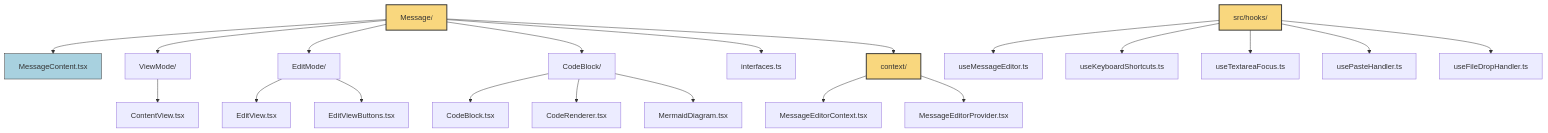
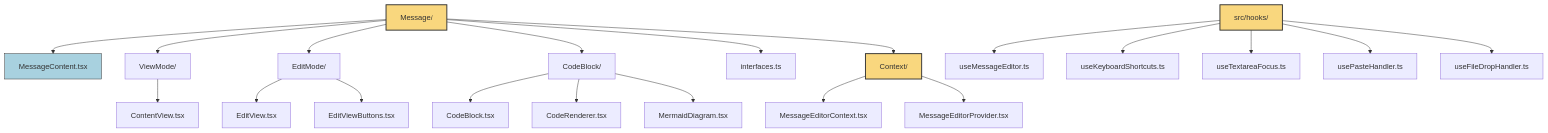
One commit to m1981/mychat changed the fifth of 6 diagrams in src/components/Chat/ChatContent/Message/specs.md. Above: the diagram before and after it, drawn with Mermaid. The commit also changed 9 other files, not shown here.

````diff
--- a/src/components/Chat/ChatContent/Message/specs.md
+++ b/src/components/Chat/ChatContent/Message/specs.md
@@ -387,32 +387,32 @@
 ```mermaid
 graph TD
     Message[Message/] --> MessageContent[MessageContent.tsx]
     Message --> ViewMode[ViewMode/]
     Message --> EditMode[EditMode/]
     Message --> CodeBlock[CodeBlock/]
     Message --> interfaces[interfaces.ts]
-    Message --> context[context/]
+    Message --> context[Context/]
     
     context --> MessageEditorContext[MessageEditorContext.tsx]
     context --> MessageEditorProvider[MessageEditorProvider.tsx]
     
     ViewMode --> ContentView[ContentView.tsx]
     
     EditMode --> EditView[EditView.tsx]
     EditMode --> EditViewButtons[EditViewButtons.tsx]
     
     CodeBlock --> CodeBlock.tsx
     CodeBlock --> CodeRenderer[CodeRenderer.tsx]
     CodeBlock --> MermaidDiagram[MermaidDiagram.tsx]
     
     hooks[src/hooks/] --> useMessageEditor[useMessageEditor.ts]
     hooks --> useKeyboardShortcuts[useKeyboardShortcuts.ts]
     hooks --> useTextareaFocus[useTextareaFocus.ts]
     hooks --> usePasteHandler[usePasteHandler.ts]
     hooks --> useFileDropHandler[useFileDropHandler.ts]
     
     style Message fill:#f9d77e,stroke:#333,stroke-width:2px
     style hooks fill:#f9d77e,stroke:#333,stroke-width:2px
     style context fill:#f9d77e,stroke:#333,stroke-width:2px
     style MessageContent fill:#a8d1df,stroke:#333,stroke-width:1px
 ```
````
